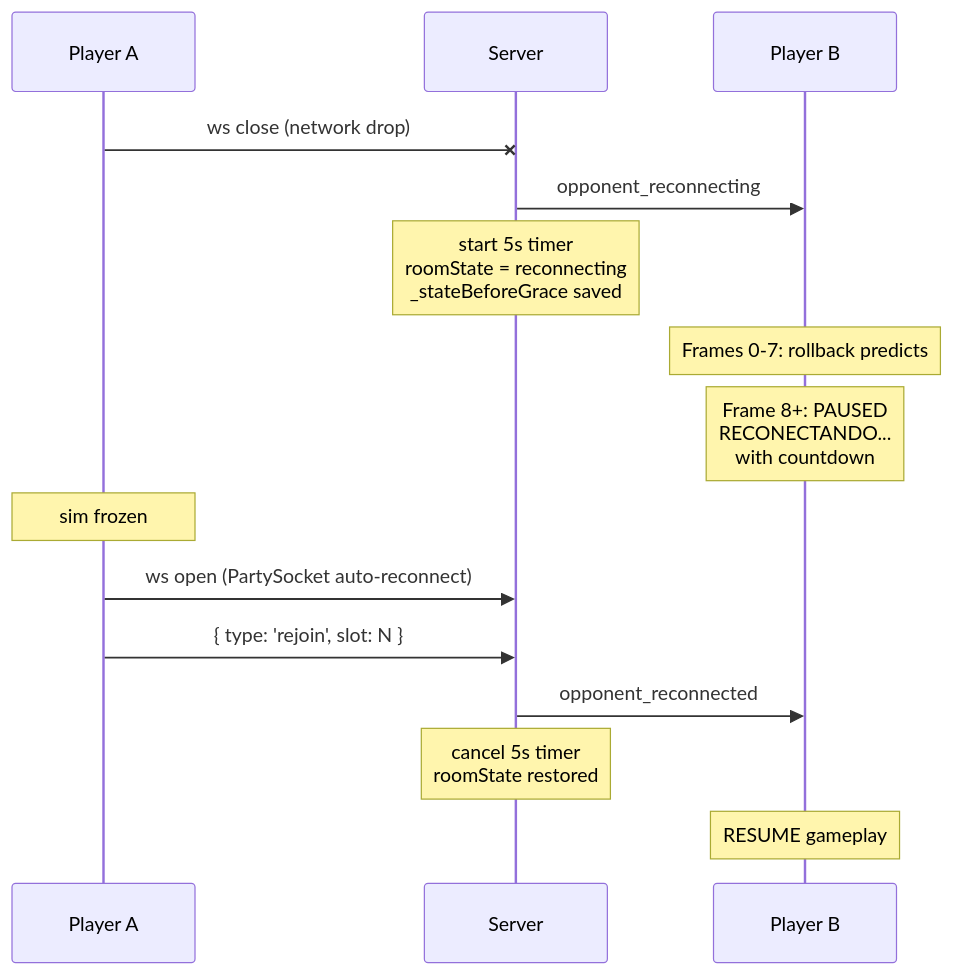
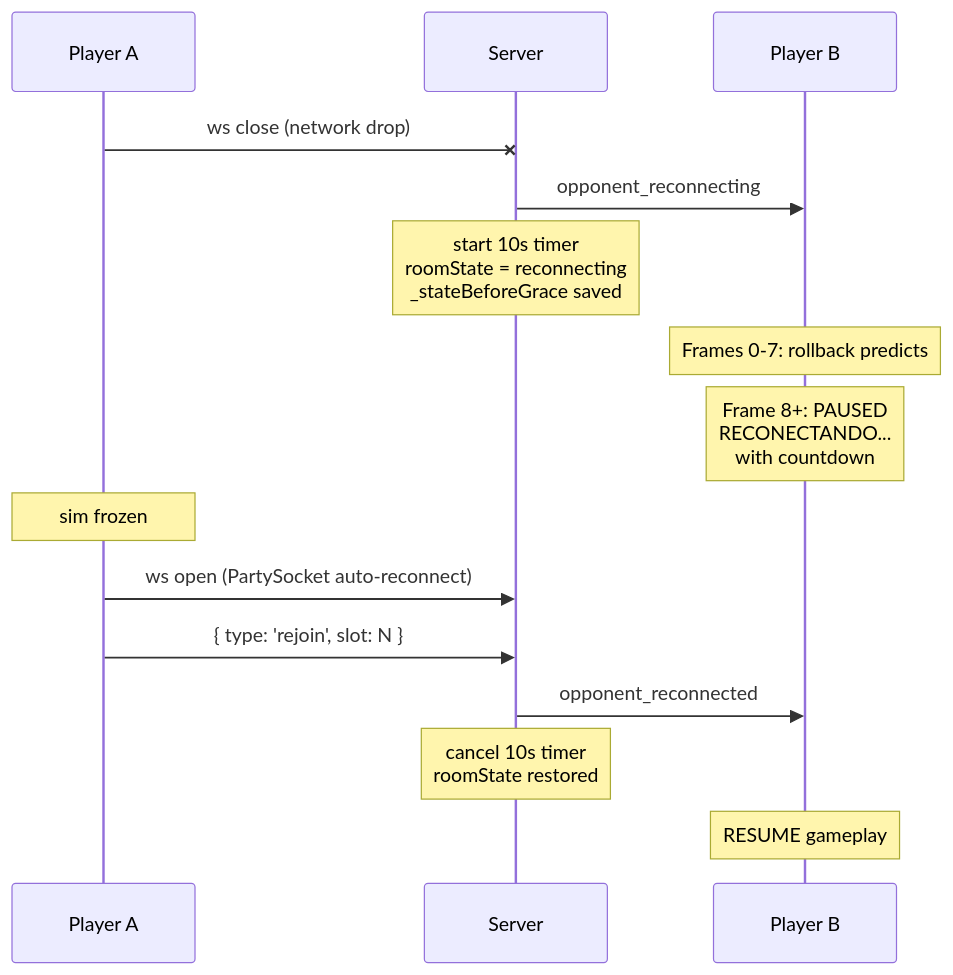
One commit to simon0191/a-los-traques changed the second of 4 diagrams in docs/graceful-reconnection.md. Above: the diagram before and after it, drawn with Mermaid. The commit also changed other lines of this file and 6 other files, not shown here.

First line of the commit message:
Fix reconnecting player rejected as full during grace period

````diff
--- a/docs/graceful-reconnection.md
+++ b/docs/graceful-reconnection.md
@@ -29,19 +29,19 @@
 ```mermaid
 sequenceDiagram
     participant A as Player A
     participant S as Server
     participant B as Player B
 
     A-xS: ws close (network drop)
     S->>B: opponent_reconnecting
-    Note over S: start 5s timer<br/>roomState = reconnecting<br/>_stateBeforeGrace saved
+    Note over S: start 10s timer<br/>roomState = reconnecting<br/>_stateBeforeGrace saved
     Note over B: Frames 0-7: rollback predicts
     Note over B: Frame 8+: PAUSED<br/>RECONECTANDO...<br/>with countdown
     Note over A: sim frozen
 
     A->>S: ws open (PartySocket auto-reconnect)
     A->>S: { type: 'rejoin', slot: N }
     S->>B: opponent_reconnected
-    Note over S: cancel 5s timer<br/>roomState restored
+    Note over S: cancel 10s timer<br/>roomState restored
     Note over B: RESUME gameplay
 ```
````
